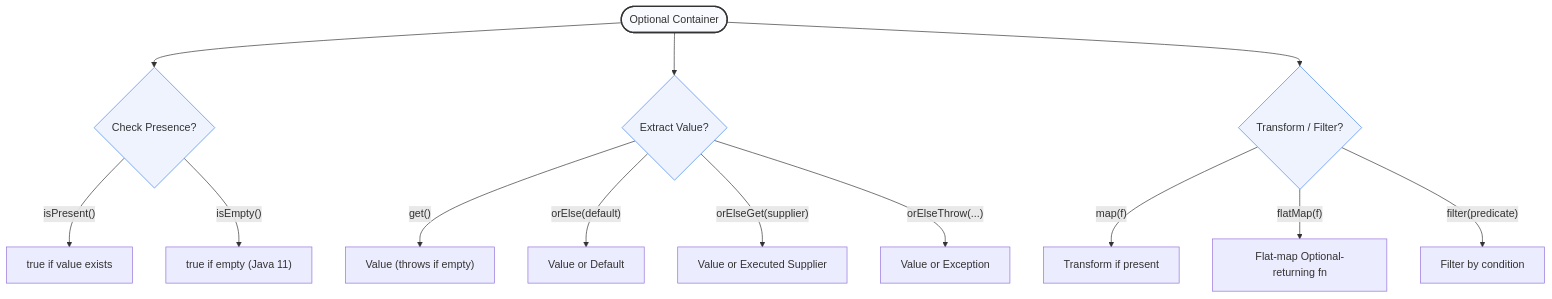
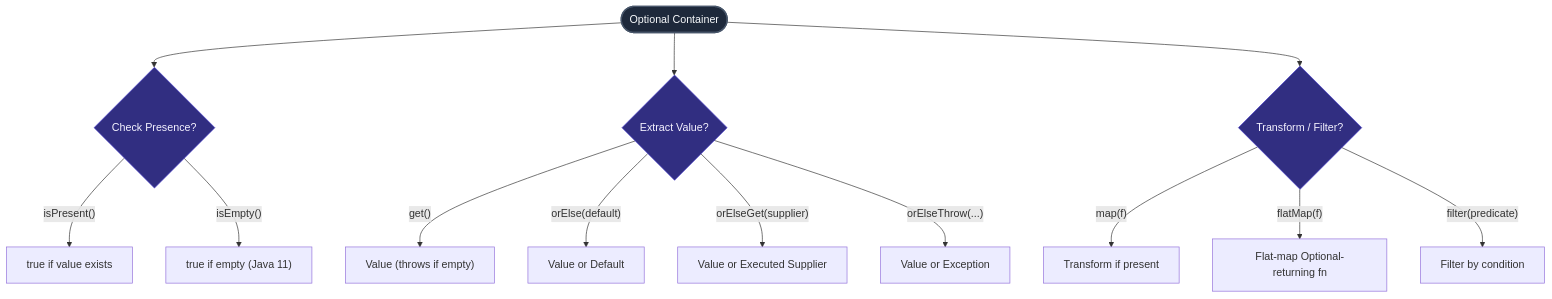
One commit to SaiTeja301/My_Interview_Preparation changed diagram 12 of 12 in Java_jdbc_hibernate_SpringBoot/analysis/Java_Analysis.md. Above: the diagram before and after it, drawn with Mermaid. The commit also changed other lines of this file, not shown here.

Commit message:
style(mermaid): enhance all diagrams for light and dark mode compatibility

````diff
--- a/Java_jdbc_hibernate_SpringBoot/analysis/Java_Analysis.md
+++ b/Java_jdbc_hibernate_SpringBoot/analysis/Java_Analysis.md
@@ -1386,23 +1426,24 @@
 ```mermaid
 graph TD
     Start(["Optional Container"]) --> Check{"Check Presence?"}
     Start --> Extract{"Extract Value?"}
     Start --> Trans{"Transform / Filter?"}
 
     Check -->|"isPresent()"| Pres["true if value exists"]
     Check -->|"isEmpty()"| Emp["true if empty (Java 11)"]
 
     Extract -->|"get()"| GetVal["Value (throws if empty)"]
     Extract -->|"orElse(default)"| DefaultVal["Value or Default"]
     Extract -->|"orElseGet(supplier)"| LazyVal["Value or Executed Supplier"]
     Extract -->|"orElseThrow(...)"| ExVal["Value or Exception"]
 
     Trans -->|"map(f)"| MapVal["Transform if present"]
     Trans -->|"flatMap(f)"| FlatVal["Flat-map Optional-returning fn"]
     Trans -->|"filter(predicate)"| FiltVal["Filter by condition"]
 
-    style Start fill:#f9fafd,stroke:#333,stroke-width:2px
-    style Check fill:#eef3fe,stroke:#4285f4,stroke-width:1px
-    style Extract fill:#eef3fe,stroke:#4285f4,stroke-width:1px
-    style Trans fill:#eef3fe,stroke:#4285f4,stroke-width:1px
+    classDef container fill:#1E293B,stroke:#475569,color:#F8FAFC,stroke-width:2px;
+    classDef action fill:#312E81,stroke:#4338CA,color:#F5F3FF,stroke-width:1px;
+
+    class Start container;
+    class Check,Extract,Trans action;
 ```
````
